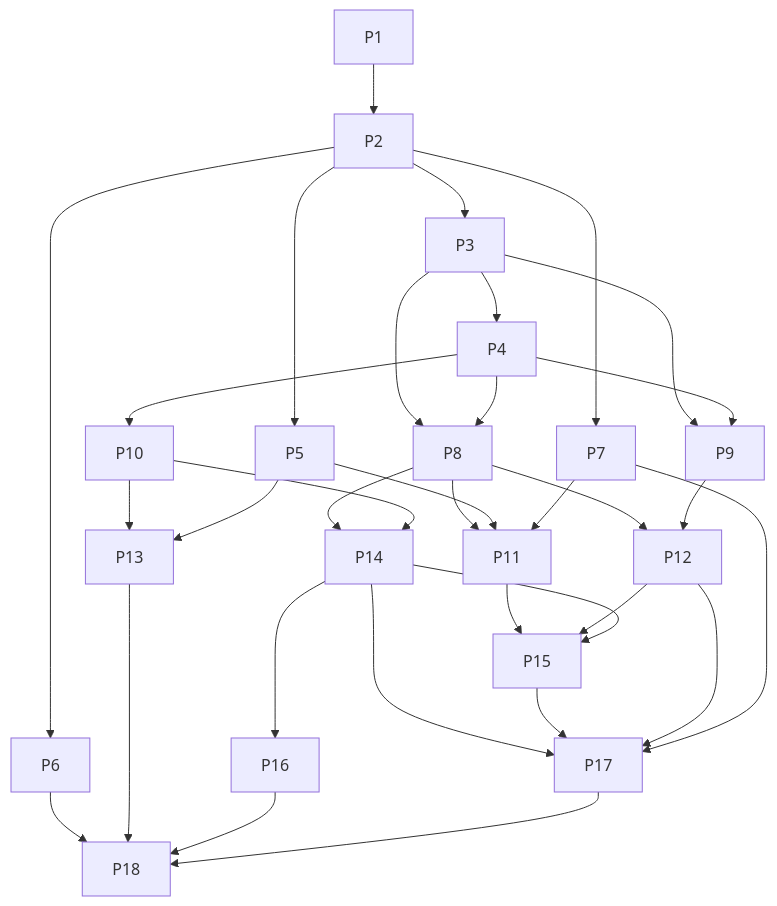
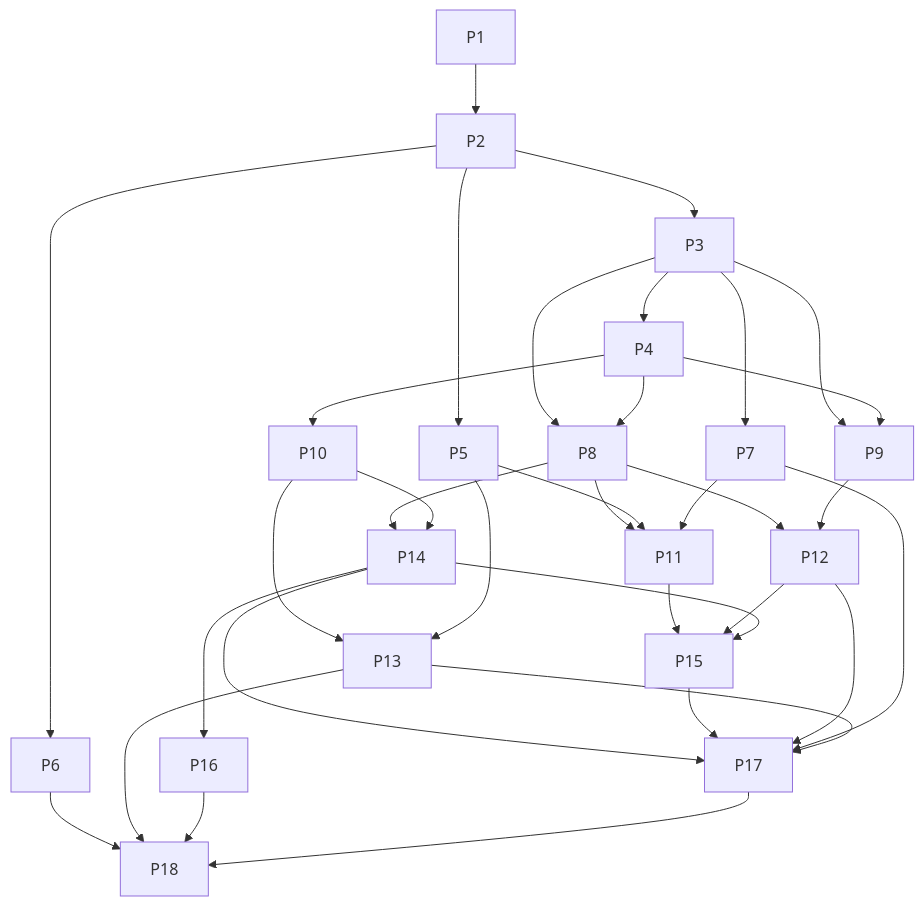
Before and after one commit to teamupstart/mission-control: the diagram in docs/plans/headless-mode-implementation/phased-plan.md, drawn with Mermaid. The commit also changed other lines of this file and 7 other files, not shown here.

````diff
--- a/docs/plans/headless-mode-implementation/phased-plan.md
+++ b/docs/plans/headless-mode-implementation/phased-plan.md
@@ -93,35 +94,36 @@
 ```mermaid
 flowchart TD
   P1 --> P2
   P2 --> P3
   P3 --> P4
   P2 --> P5
   P2 --> P6
-  P2 --> P7
+  P3 --> P7
   P3 --> P8
   P4 --> P8
   P3 --> P9
   P4 --> P9
   P4 --> P10
   P8 --> P11
   P5 --> P11
   P7 --> P11
   P8 --> P12
   P9 --> P12
   P10 --> P13
   P5 --> P13
   P8 --> P14
   P10 --> P14
   P11 --> P15
   P12 --> P15
   P14 --> P15
   P14 --> P16
   P14 --> P17
   P15 --> P17
   P12 --> P17
   P7 --> P17
+  P13 --> P17
   P6 --> P18
   P13 --> P18
   P16 --> P18
   P17 --> P18
 ```
````
